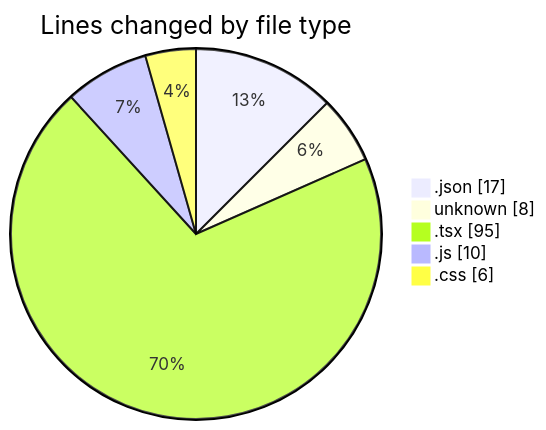
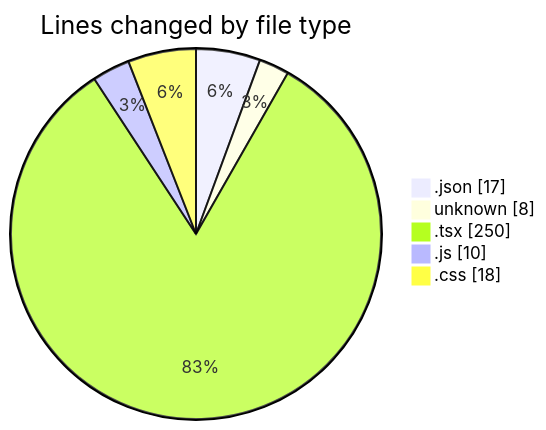
One commit to Elitesun/code-tracking changed the first of 2 diagrams in 2025-05-02/niten/README.md. Above: the diagram before and after it, drawn with Mermaid. The commit also changed other lines of this file and 1 other file, not shown here.

````diff
--- a/2025-05-02/niten/README.md
+++ b/2025-05-02/niten/README.md
@@ -26,9 +28,9 @@
 ```mermaid
 pie showData
 title Lines changed by file type
 ".json" : 17
 "unknown" : 8
-".tsx" : 95
+".tsx" : 250
 ".js" : 10
-".css" : 6
+".css" : 18
 ```
````
